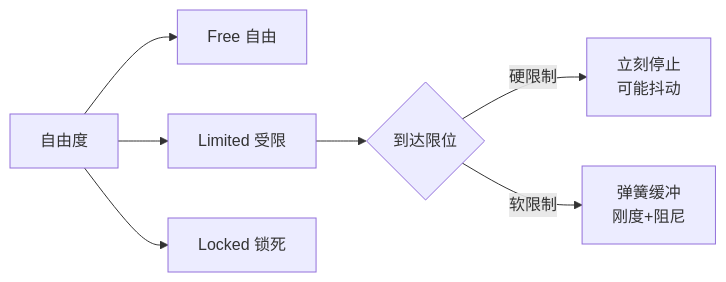
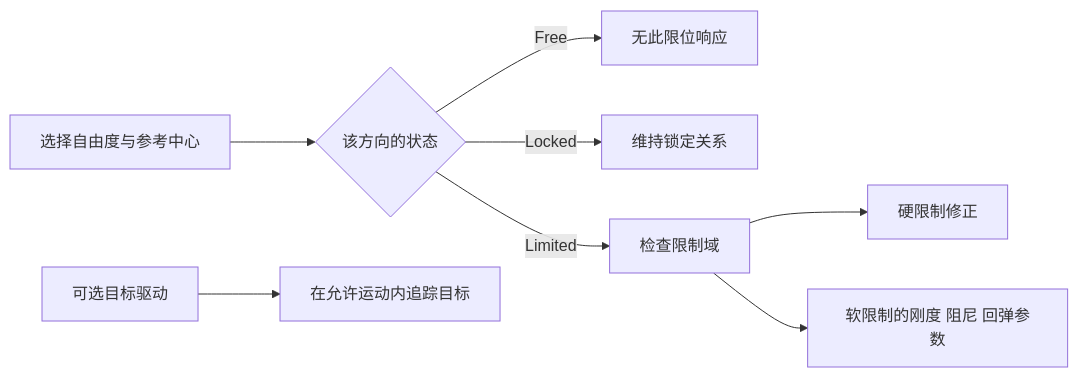
The third of 5 diagrams in 知识/04-图形动画与物理仿真/物理求解与动力学/03-物理约束与关节.md (fantuan812/learning), drawn with Mermaid before and after one commit. The commit also changed other lines of this file and 2 other files, not shown here.

````diff
--- a/知识/04-图形动画与物理仿真/物理求解与动力学/03-物理约束与关节.md
+++ b/知识/04-图形动画与物理仿真/物理求解与动力学/03-物理约束与关节.md
@@ -102,9 +139,10 @@
 ```mermaid
 flowchart LR
-    A[自由度] --> B[Free 自由]
-    A --> C[Limited 受限]
-    A --> D[Locked 锁死]
-    C --> E{到达限位}
-    E -- 硬限制 --> F[立刻停止<br/>可能抖动]
-    E -- 软限制 --> G[弹簧缓冲<br/>刚度+阻尼]
+    A[选择自由度与参考中心] --> B{该方向的状态}
+    B -->|Free| C[无此限位响应]
+    B -->|Locked| D[维持锁定关系]
+    B -->|Limited| E[检查限制域]
+    E --> F[硬限制修正]
+    E --> G[软限制的刚度 阻尼 回弹参数]
+    H[可选目标驱动] --> I[在允许运动内追踪目标]
 ```
````
